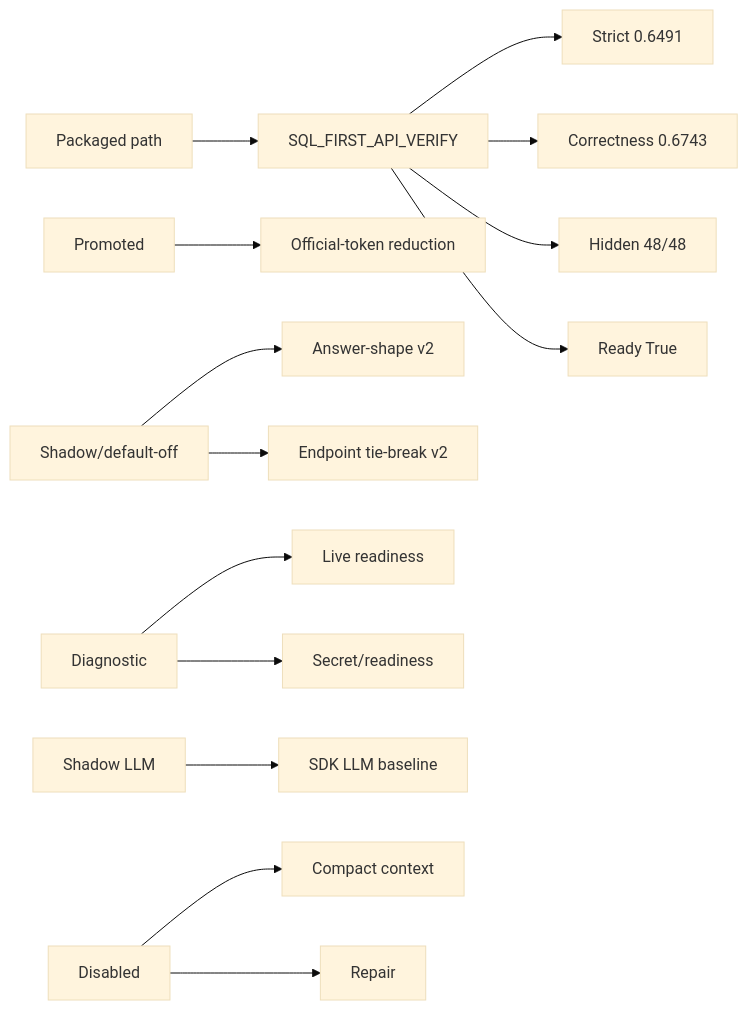
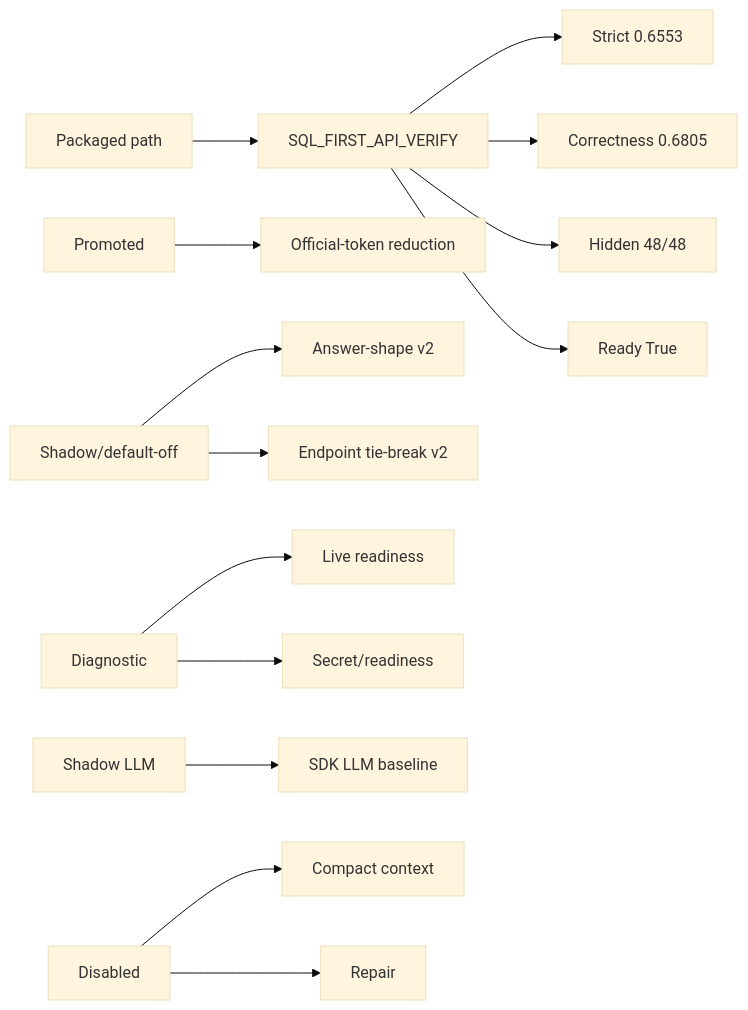
The diagram in outputs/visualizations/system_status_dashboard.md (dashsys-workshop-vldb/dashsys-workshop-vldb.github.io), drawn with Mermaid (base theme) before and after one commit. The commit also changed other lines of this file and 4359 other files, not shown here.

````diff
--- a/outputs/visualizations/system_status_dashboard.md
+++ b/outputs/visualizations/system_status_dashboard.md
@@ -11,16 +11,16 @@
 ```mermaid
 flowchart LR
   A["Packaged path"] --> B["SQL_FIRST_API_VERIFY"]
-  B --> C["Strict 0.6491"]
-  B --> D["Correctness 0.6743"]
+  B --> C["Strict 0.6553"]
+  B --> D["Correctness 0.6805"]
   B --> E["Hidden 48/48"]
   B --> F["Ready True"]
   G["Promoted"] --> H["Official-token reduction"]
   I["Shadow/default-off"] --> J["Answer-shape v2"]
   I --> K["Endpoint tie-break v2"]
   L["Diagnostic"] --> M["Live readiness"]
   L --> N["Secret/readiness"]
   S["Shadow LLM"] --> T["SDK LLM baseline"]
   O["Disabled"] --> P["Compact context"]
   O --> Q["Repair"]
 ```
````
